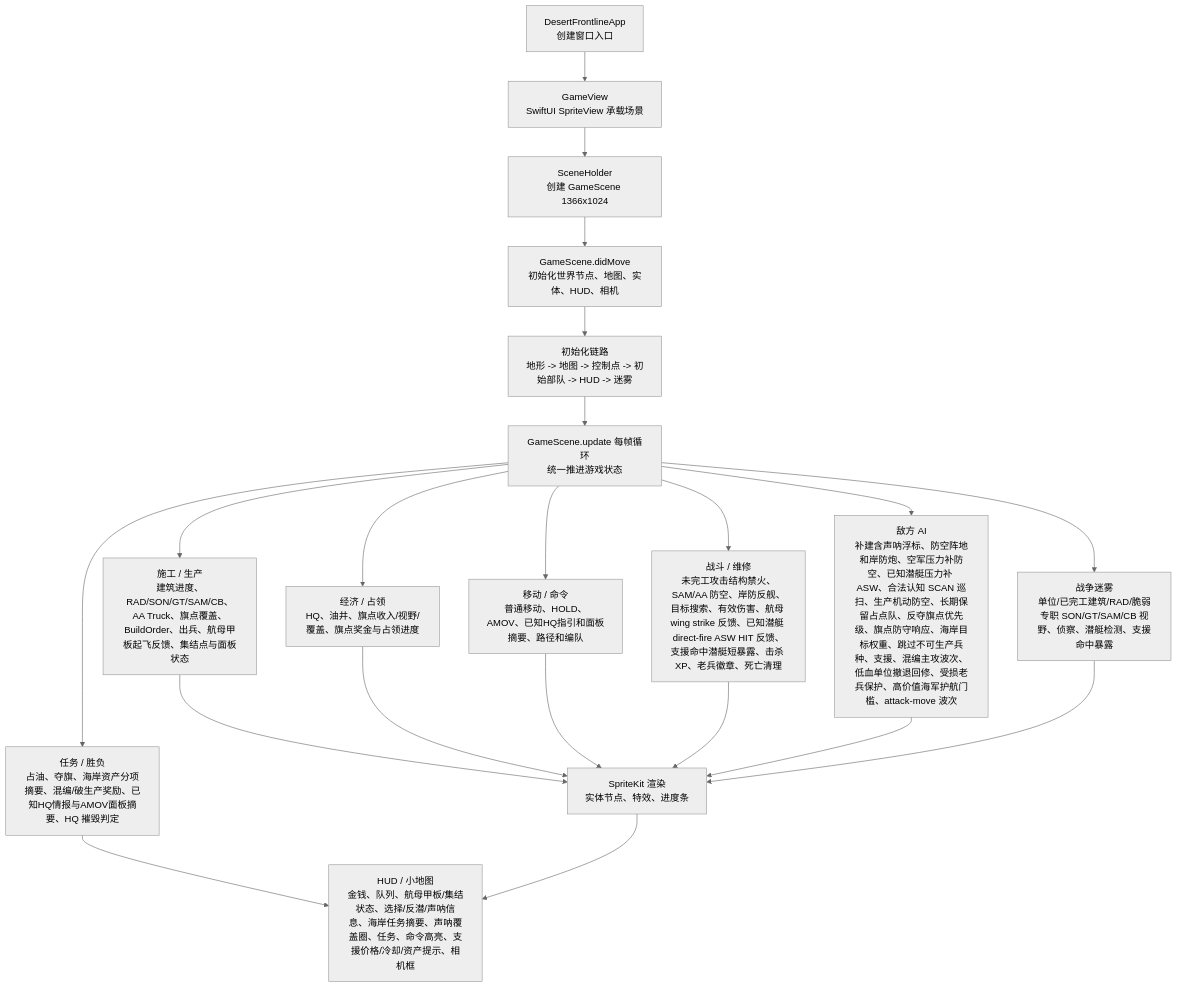
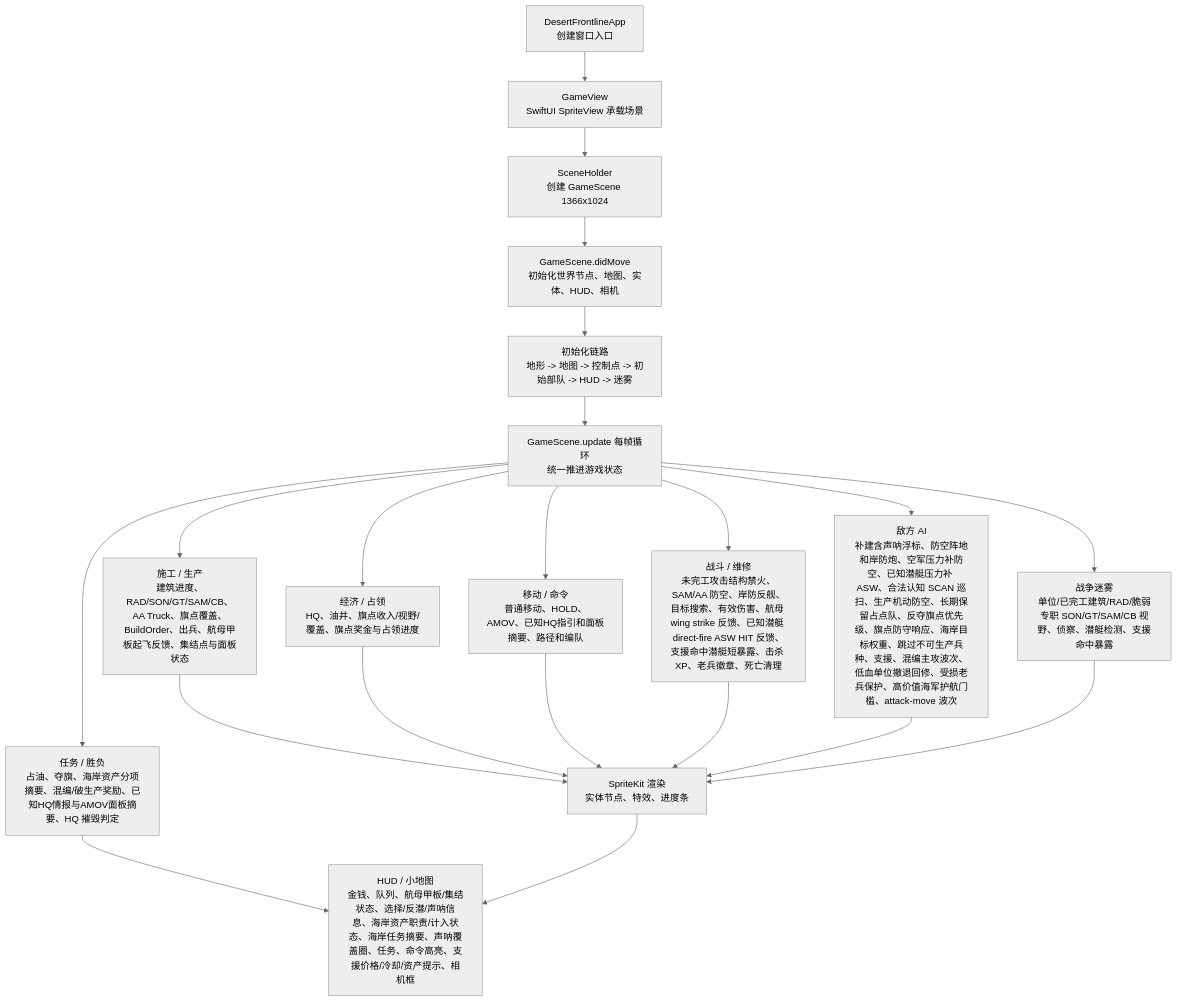
Before and after one commit to Altman-sam114/1145: the first of 3 diagrams in md/flow/flowchart.md, drawn with Mermaid (neutral theme). The commit also changed 4 other files, not shown here.

````diff
--- a/md/flow/flowchart.md
+++ b/md/flow/flowchart.md
@@ -9,23 +9,23 @@
 ```mermaid
 flowchart TD
   App["DesertFrontlineApp\n创建窗口入口"] --> View["GameView\nSwiftUI SpriteView 承载场景"]
   View --> Holder["SceneHolder\n创建 GameScene 1366x1024"]
   Holder --> Scene["GameScene.didMove\n初始化世界节点、地图、实体、HUD、相机"]
   Scene --> Init["初始化链路\n地形 -> 地图 -> 控制点 -> 初始部队 -> HUD -> 迷雾"]
   Init --> Loop["GameScene.update 每帧循环\n统一推进游戏状态"]
   Loop --> Build["施工 / 生产\n建筑进度、RAD/SON/GT/SAM/CB、AA Truck、旗点覆盖、BuildOrder、出兵、航母甲板起飞反馈、集结点与面板状态"]
   Loop --> Economy["经济 / 占领\nHQ、油井、旗点收入/视野/覆盖、旗点奖金与占领进度"]
   Loop --> Commands["移动 / 命令\n普通移动、HOLD、AMOV、已知HQ指引和面板摘要、路径和编队"]
   Loop --> Combat["战斗 / 维修\n未完工攻击结构禁火、SAM/AA 防空、岸防反舰、目标搜索、有效伤害、航母 wing strike 反馈、已知潜艇 direct-fire ASW HIT 反馈、支援命中潜艇短暴露、击杀 XP、老兵徽章、死亡清理"]
   Loop --> AI["敌方 AI\n补建含声呐浮标、防空阵地和岸防炮、空军压力补防空、已知潜艇压力补 ASW、合法认知 SCAN 巡扫、生产机动防空、长期保留占点队、反夺旗点优先级、旗点防守响应、海岸目标权重、跳过不可生产兵种、支援、混编主攻波次、低血单位撤退回修、受损老兵保护、高价值海军护航门槛、attack-move 波次"]
   Loop --> Fog["战争迷雾\n单位/已完工建筑/RAD/脆弱专职 SON/GT/SAM/CB 视野、侦察、潜艇检测、支援命中暴露"]
   Loop --> Mission["任务 / 胜负\n占油、夺旗、海岸资产分项摘要、混编/破生产奖励、已知HQ情报与AMOV面板摘要、HQ 摧毁判定"]
   Build --> Render["SpriteKit 渲染\n实体节点、特效、进度条"]
   Economy --> Render
   Commands --> Render
   Combat --> Render
   AI --> Render
   Fog --> Render
-  Mission --> HUD["HUD / 小地图\n金钱、队列、航母甲板/集结状态、选择/反潜/声呐信息、海岸任务摘要、声呐覆盖圈、任务、命令高亮、支援价格/冷却/资产提示、相机框"]
+  Mission --> HUD["HUD / 小地图\n金钱、队列、航母甲板/集结状态、选择/反潜/声呐信息、海岸资产职责/计入状态、海岸任务摘要、声呐覆盖圈、任务、命令高亮、支援价格/冷却/资产提示、相机框"]
   Render --> HUD
 ```
````
